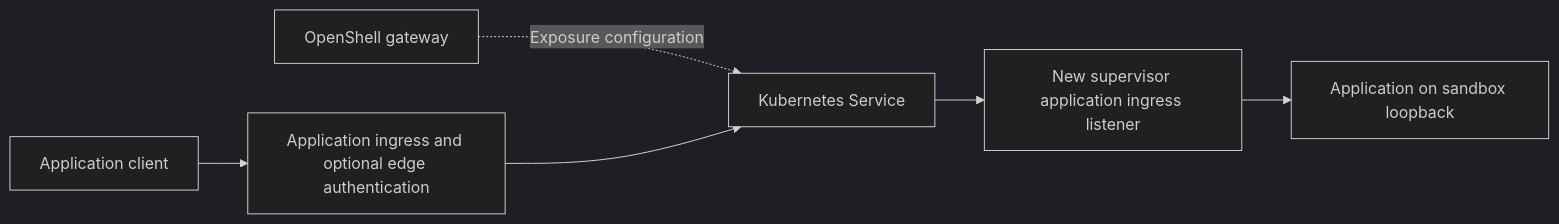
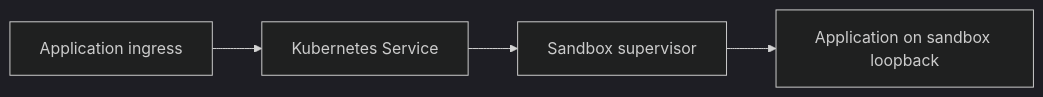
One commit to NVIDIA/OpenShell changed the second of 2 diagrams in rfc/0017-sandbox-service-exposure/README.md. Above: the diagram before and after it, drawn with Mermaid (dark theme). The commit also changed other lines of this file, not shown here.

Commit message:
docs(rfc): shorten service exposure proposal

````diff
--- a/rfc/0017-sandbox-service-exposure/README.md
+++ b/rfc/0017-sandbox-service-exposure/README.md
@@ -127,8 +101,6 @@
 ```mermaid
 flowchart LR
-    Gateway[OpenShell gateway] -. Exposure configuration .-> Service[Kubernetes Service]
-    Client[Application client] --> Ingress[Application ingress and optional edge authentication]
-    Ingress --> Service
-    Service --> Listener[New supervisor application ingress listener]
-    Listener --> App[Application on sandbox loopback]
+    Ingress[Application ingress] --> Service[Kubernetes Service]
+    Service --> Supervisor[Sandbox supervisor]
+    Supervisor --> App[Application on sandbox loopback]
 ```
````
